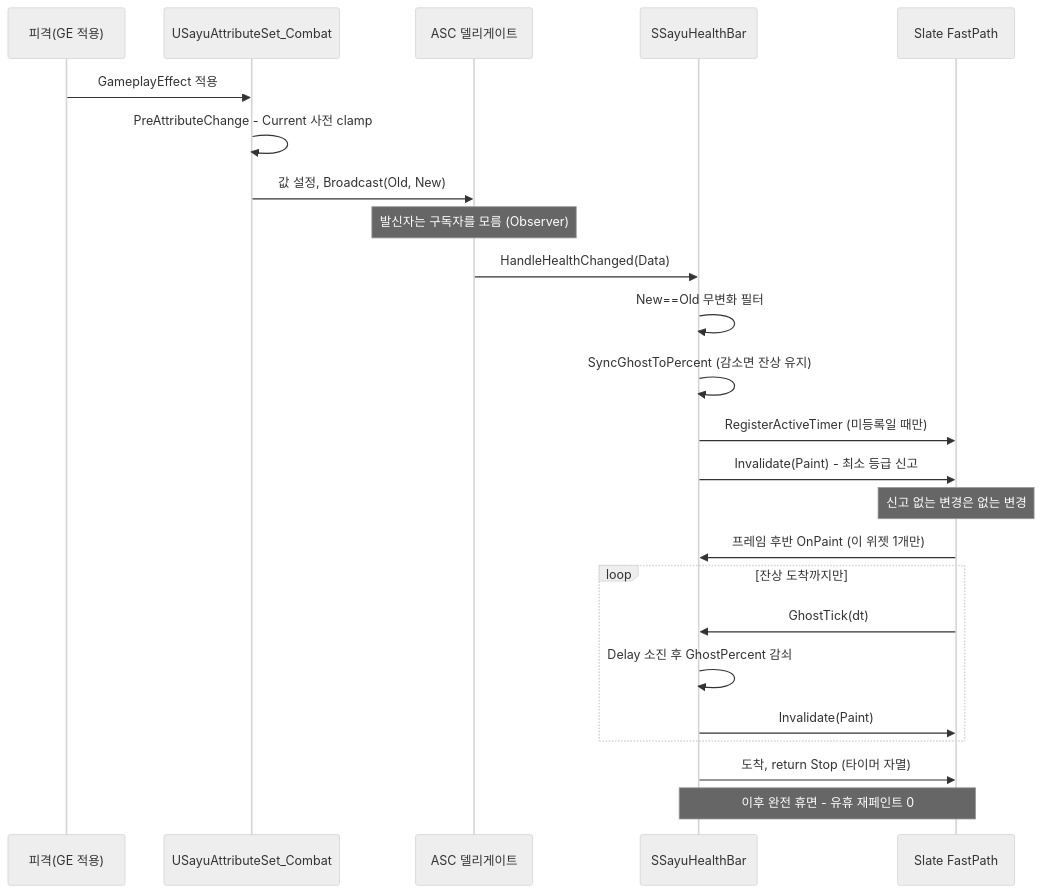
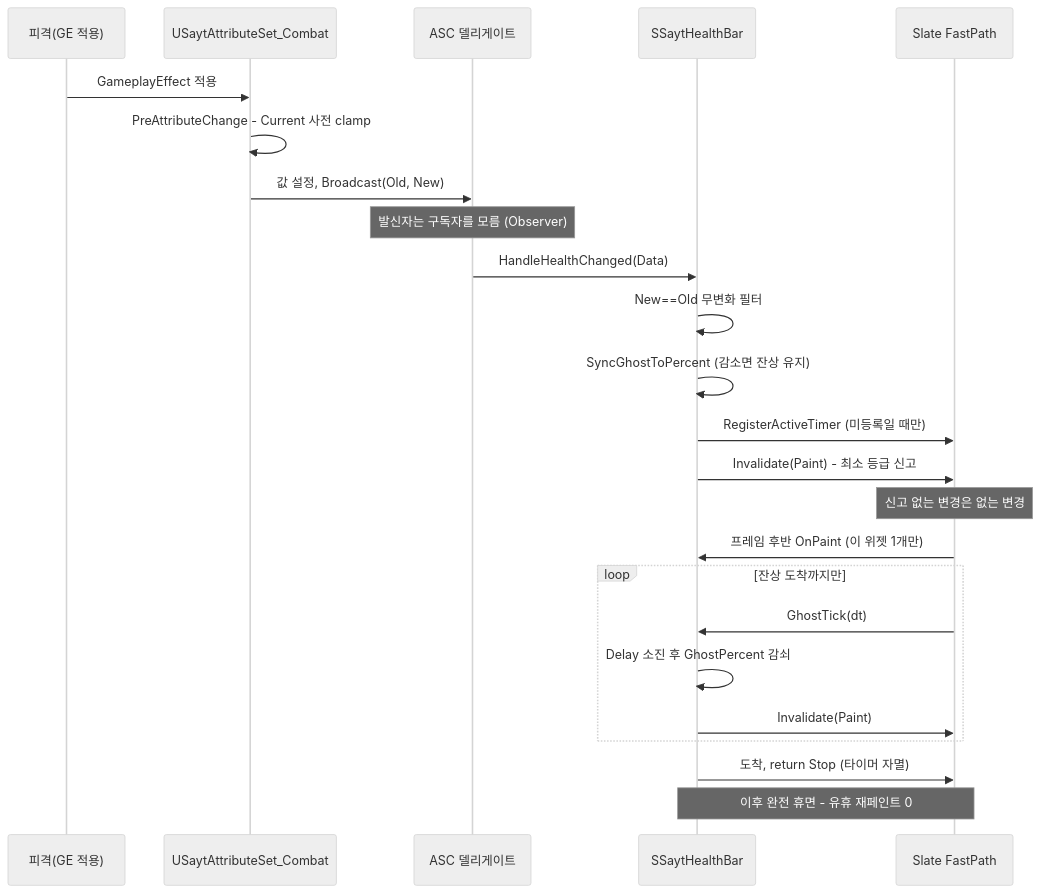
Before and after one commit to DaaE/ProjectSayt: the second of 2 diagrams in Docs/Diagrams/phase8_stage1.md, drawn with Mermaid (neutral theme). The commit also changed other lines of this file and 5 other files, not shown here.

````diff
--- a/Docs/Diagrams/phase8_stage1.md
+++ b/Docs/Diagrams/phase8_stage1.md
@@ -62,27 +62,27 @@
 ```mermaid
 sequenceDiagram
     participant Player as 피격(GE 적용)
-    participant AS as USayuAttributeSet_Combat
+    participant AS as USaytAttributeSet_Combat
     participant ASC as ASC 델리게이트
-    participant Bar as SSayuHealthBar
+    participant Bar as SSaytHealthBar
     participant Slate as Slate FastPath
 
     Player->>AS: GameplayEffect 적용
     AS->>AS: PreAttributeChange - Current 사전 clamp
     AS->>ASC: 값 설정, Broadcast(Old, New)
     Note over ASC: 발신자는 구독자를 모름 (Observer)
     ASC->>Bar: HandleHealthChanged(Data)
     Bar->>Bar: New==Old 무변화 필터
     Bar->>Bar: SyncGhostToPercent (감소면 잔상 유지)
     Bar->>Slate: RegisterActiveTimer (미등록일 때만)
     Bar->>Slate: Invalidate(Paint) - 최소 등급 신고
     Note over Slate: 신고 없는 변경은 없는 변경
     Slate->>Bar: 프레임 후반 OnPaint (이 위젯 1개만)
     loop 잔상 도착까지만
         Slate->>Bar: GhostTick(dt)
         Bar->>Bar: Delay 소진 후 GhostPercent 감쇠
         Bar->>Slate: Invalidate(Paint)
     end
     Bar->>Slate: 도착, return Stop (타이머 자멸)
     Note over Bar,Slate: 이후 완전 휴면 - 유휴 재페인트 0
 ```
````
